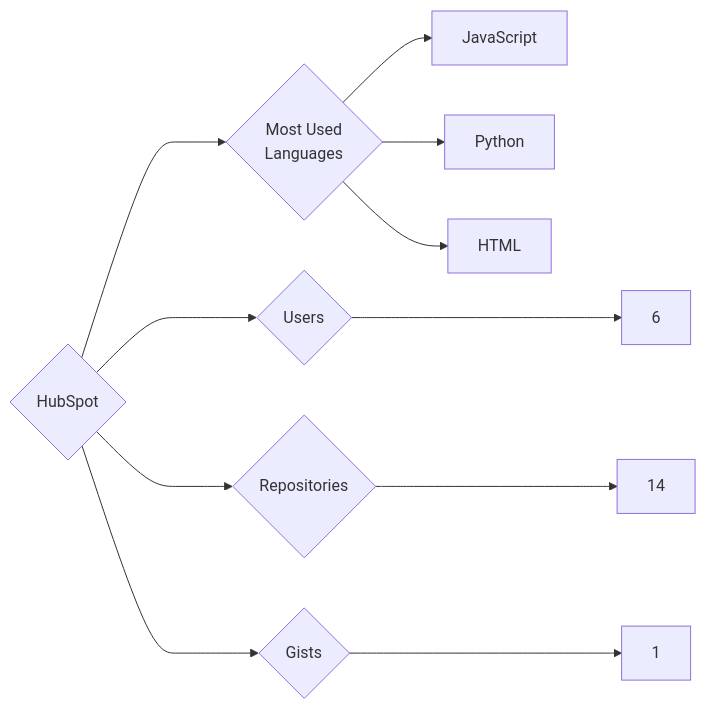
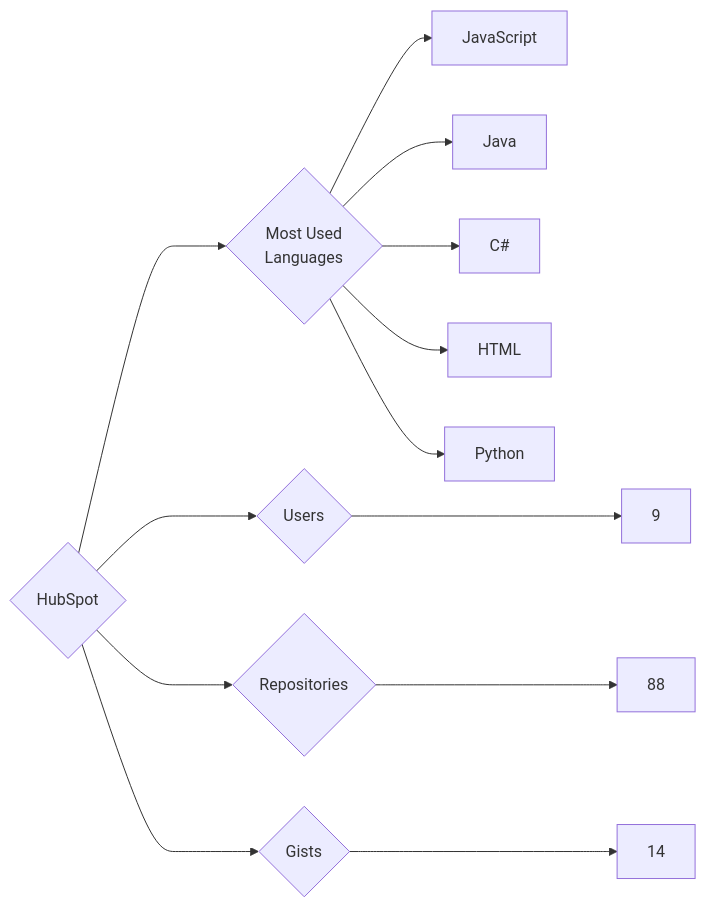
The diagram in targets/HubSpot/README.md (trickest/insiders), drawn with Mermaid before and after one commit. The commit also changed 724 other files, not shown here.

````diff
--- a/targets/HubSpot/README.md
+++ b/targets/HubSpot/README.md
@@ -3,11 +3,13 @@
 ```mermaid
 graph LR
 COMPANY_NAME{HubSpot}
-COMPANY_NAME ---> U{Users} ---> UN[6]
-COMPANY_NAME ---> R{Repositories} ---> RN[14]
-COMPANY_NAME ---> G{Gists} ---> GN[1]
+COMPANY_NAME ---> U{Users} ---> UN[9]
+COMPANY_NAME ---> R{Repositories} ---> RN[88]
+COMPANY_NAME ---> G{Gists} ---> GN[14]
 COMPANY_NAME ---> ML{Most Used<br>Languages}
 ML --> JavaScript[JavaScript]
+ML --> Java[Java]
+ML --> C#[C#]
+ML --> HTML[HTML]
 ML --> Python[Python]
-ML --> HTML[HTML]
 ```
````
